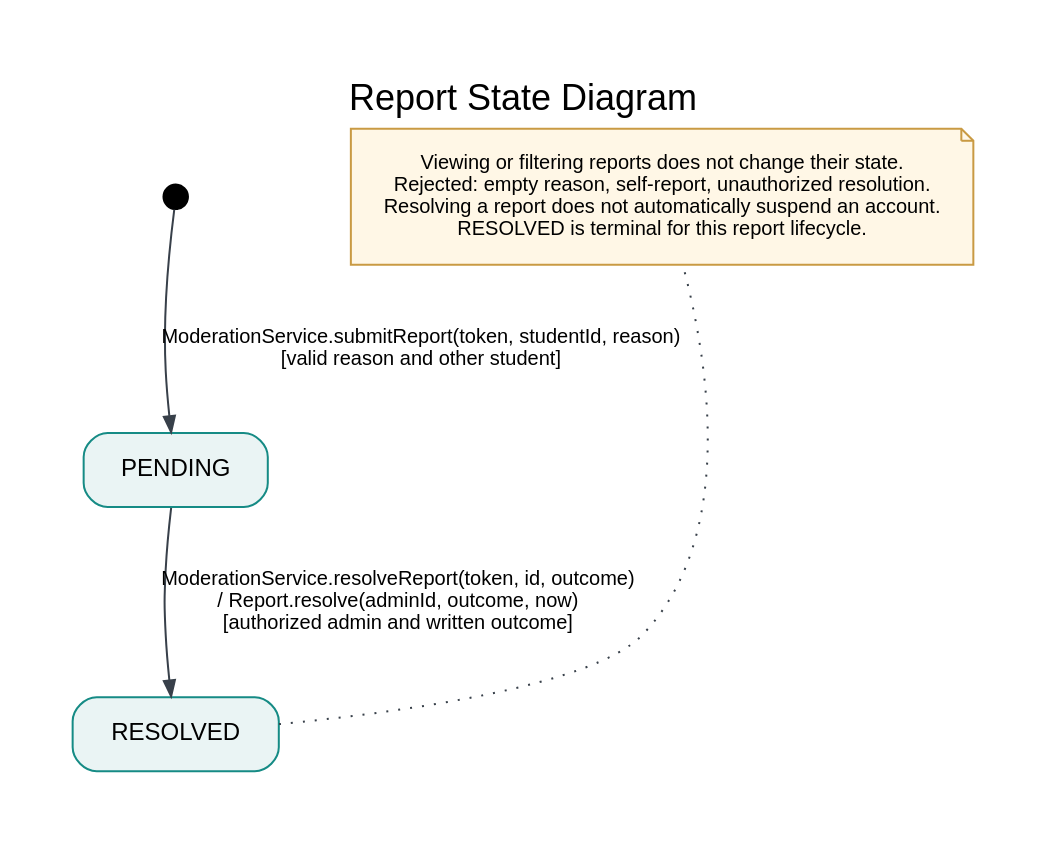
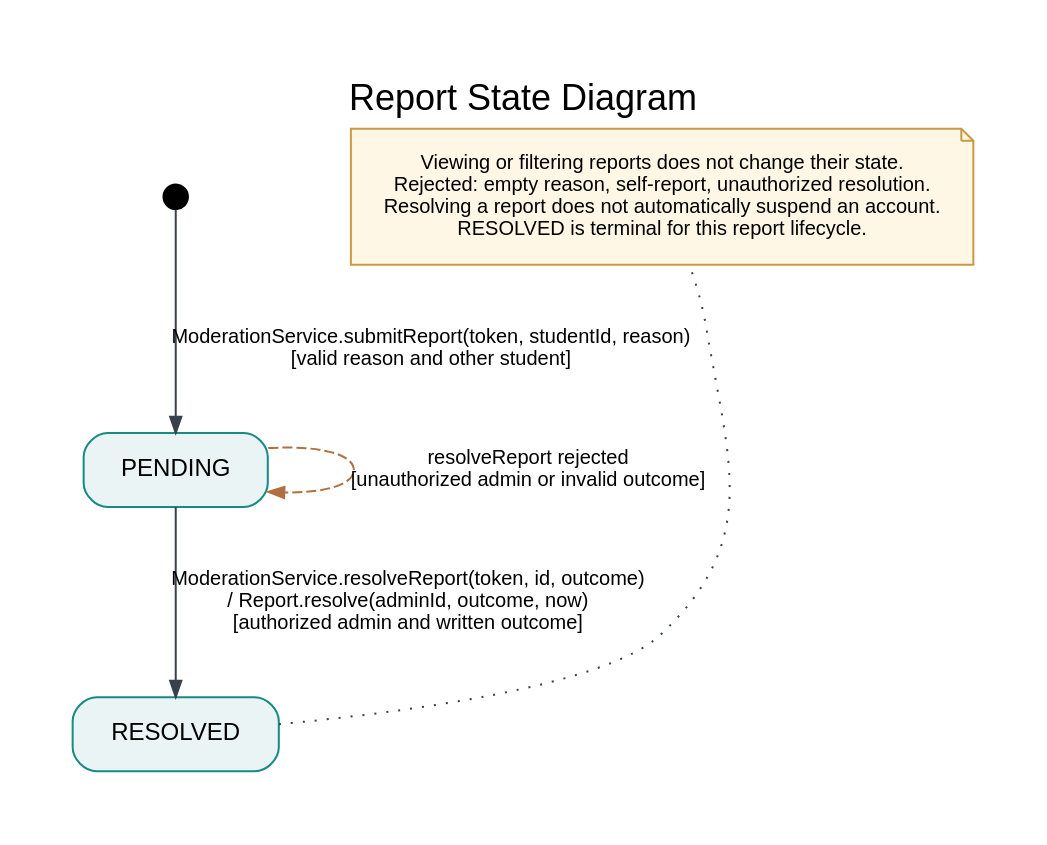
One commit to ErayGulerler/StudyMatch changed the diagram in docs/state-diagrams/sources/04_report.dot. Above: the diagram before and after it, drawn with Graphviz. The commit also changed 12 other files, not shown here.

Commit message:
Refine state diagrams for checkpoint 2

```diff
--- a/docs/state-diagrams/sources/04_report.dot
+++ b/docs/state-diagrams/sources/04_report.dot
@@ -1,11 +1,12 @@
 digraph G { 
 graph [rankdir=TB,bgcolor="white",pad="0.4",nodesep="0.6",ranksep="0.85",fontname="Arial",fontsize=18,label="Report State Diagram",labelloc=t];
 node [shape=box,style="rounded,filled",fillcolor="#EAF4F4",color="#168B85",fontname="Arial",fontsize=12,margin="0.25,0.16"];
 edge [fontname="Arial",fontsize=10,color="#38404A",arrowsize=0.8];
 start [shape=point,width=0.17,color=black,fillcolor=black,label=""];
 pending [label="PENDING"]; resolved [label="RESOLVED"];
 start -> pending [label="ModerationService.submitReport(token, studentId, reason)\n[valid reason and other student]"];
 pending -> resolved [label="ModerationService.resolveReport(token, id, outcome)\n/ Report.resolve(adminId, outcome, now)\n[authorized admin and written outcome]"];
+pending -> pending [label="resolveReport rejected\n[unauthorized admin or invalid outcome]",style=dashed,color="#B07040"];
 note [shape=note,style=filled,fillcolor="#FFF7E6",color="#C99A43",fontsize=10,label="Viewing or filtering reports does not change their state.\nRejected: empty reason, self-report, unauthorized resolution.\nResolving a report does not automatically suspend an account.\nRESOLVED is terminal for this report lifecycle."];
 resolved -> note [style=dotted,arrowhead=none,constraint=false];
 }
```
